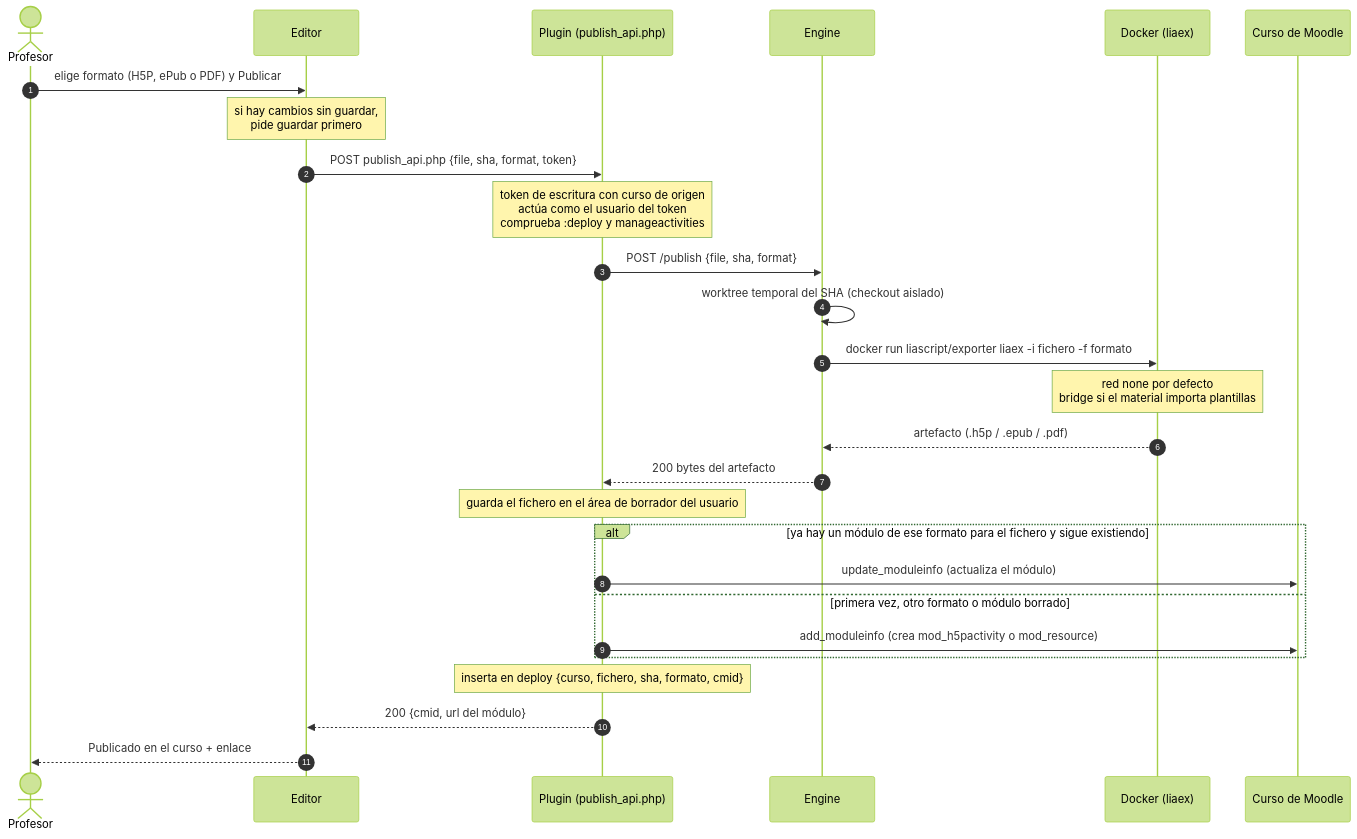
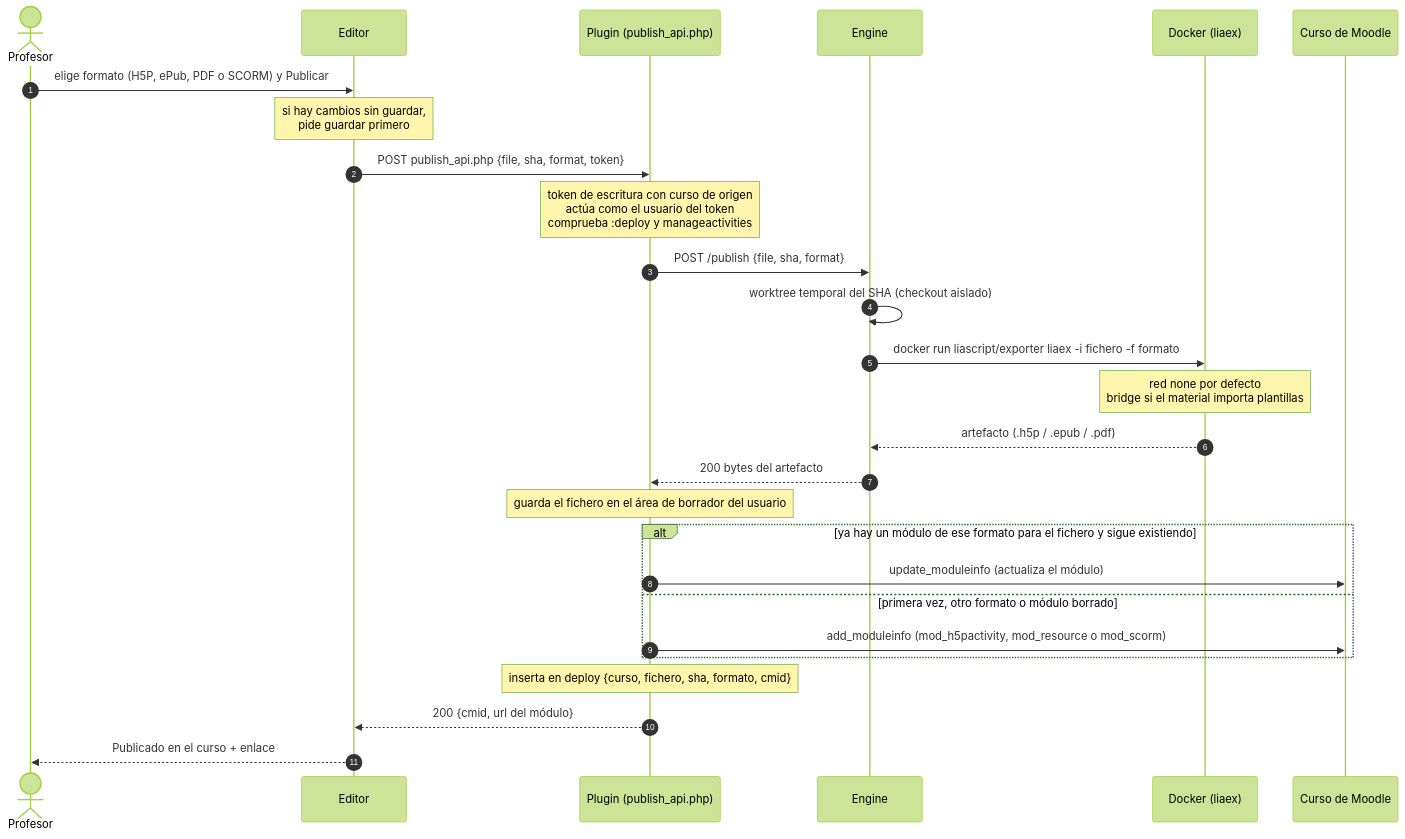
Before and after one commit to darioaxel/moodle-liaeditor-git: the seventh of 8 diagrams in docs/Flujos de datos — plugin, engine y editor.md, drawn with Mermaid (forest theme). The commit also changed other lines of this file and 14 other files, not shown here.

First line of the commit message:
SCORM 2004 y «Descargar sin publicar» desde la última versión de la rama del usuario

````diff
--- a/docs/Flujos de datos — plugin, engine y editor.md
+++ b/docs/Flujos de datos — plugin, engine y editor.md
@@ -221,30 +221,30 @@
 ```mermaid
 sequenceDiagram
     autonumber
     actor P as Profesor
     participant B as Editor
     participant M as Plugin (publish_api.php)
     participant E as Engine
     participant D as Docker (liaex)
     participant C as Curso de Moodle
 
-    P->>B: elige formato (H5P, ePub o PDF) y Publicar
+    P->>B: elige formato (H5P, ePub, PDF o SCORM) y Publicar
     Note over B: si hay cambios sin guardar,<br/>pide guardar primero
     B->>M: POST publish_api.php {file, sha, format, token}
     Note over M: token de escritura con curso de origen<br/>actúa como el usuario del token<br/>comprueba :deploy y manageactivities
     M->>E: POST /publish {file, sha, format}
     E->>E: worktree temporal del SHA (checkout aislado)
     E->>D: docker run liascript/exporter liaex -i fichero -f formato
     Note over D: red none por defecto<br/>bridge si el material importa plantillas
     D-->>E: artefacto (.h5p / .epub / .pdf)
     E-->>M: 200 bytes del artefacto
     Note over M: guarda el fichero en el área de borrador del usuario
     alt ya hay un módulo de ese formato para el fichero y sigue existiendo
         M->>C: update_moduleinfo (actualiza el módulo)
     else primera vez, otro formato o módulo borrado
-        M->>C: add_moduleinfo (crea mod_h5pactivity o mod_resource)
+        M->>C: add_moduleinfo (mod_h5pactivity, mod_resource o mod_scorm)
     end
     Note over M: inserta en deploy {curso, fichero, sha, formato, cmid}
     M-->>B: 200 {cmid, url del módulo}
     B-->>P: Publicado en el curso + enlace
 ```
````
